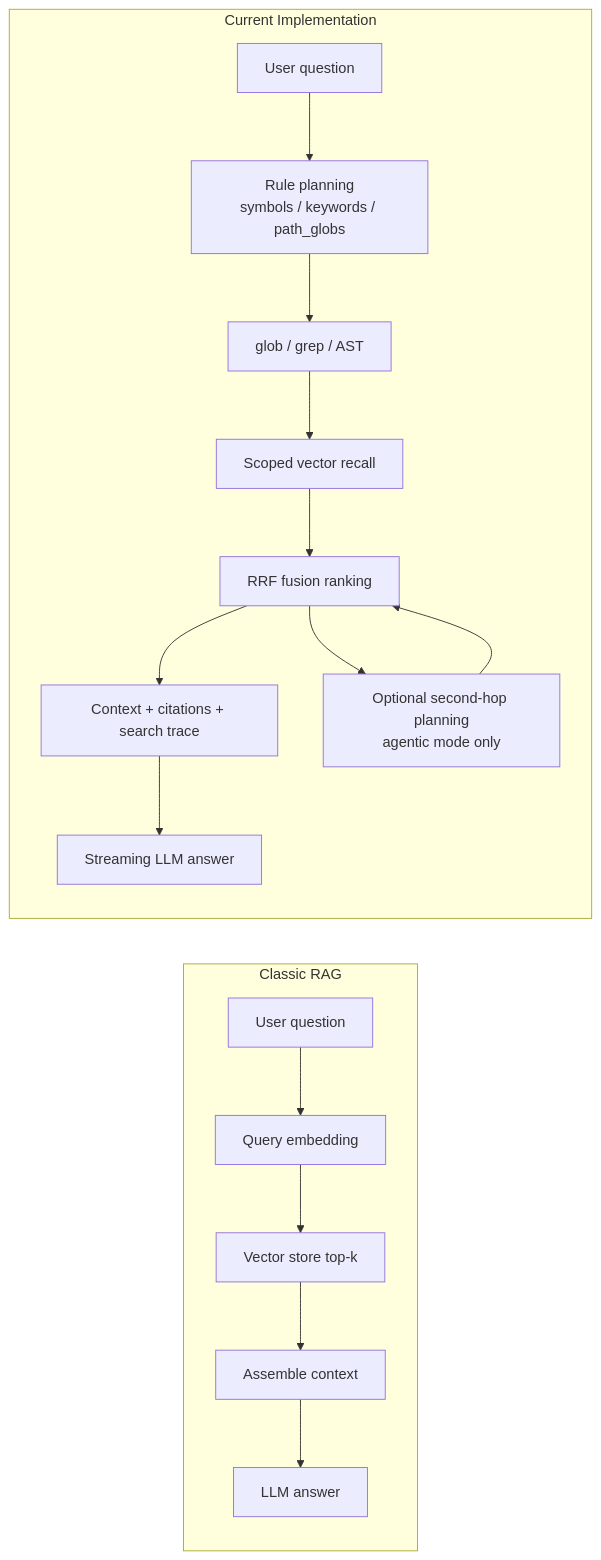
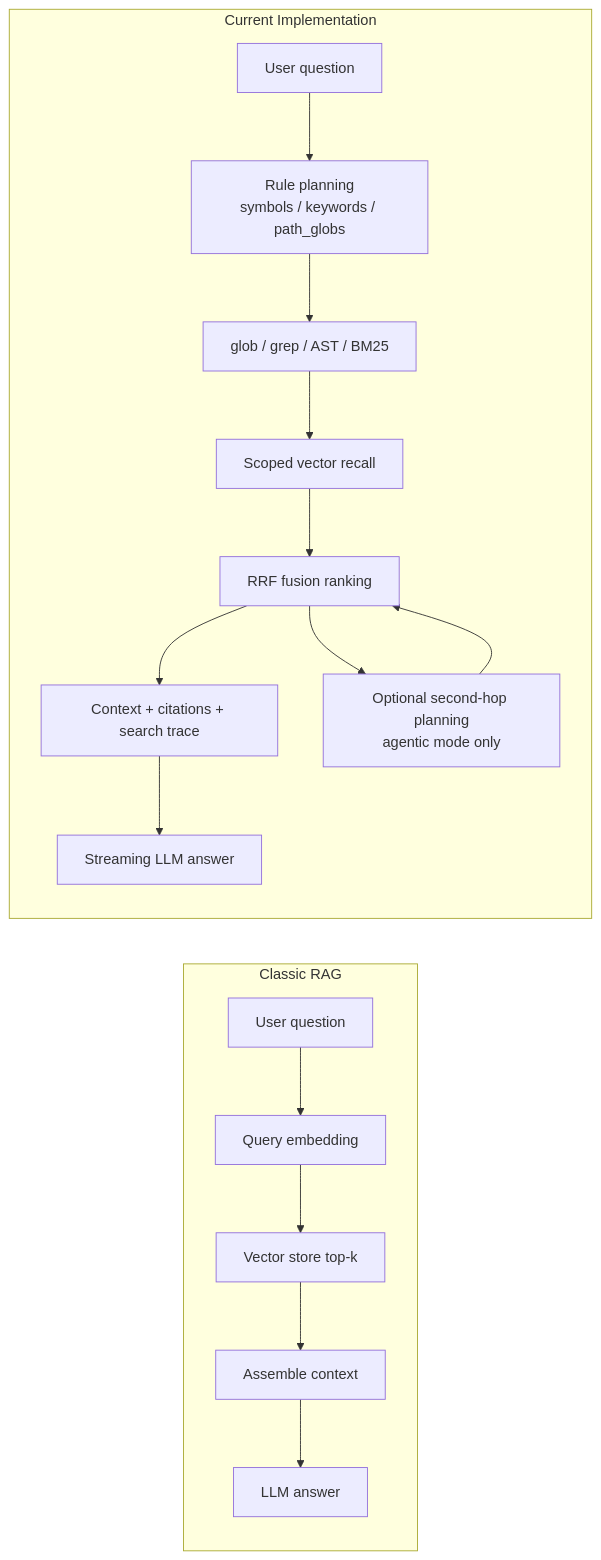
Before and after one commit to yahuo/OpenCortex: the second of 2 diagrams in README.md, drawn with Mermaid. The commit also changed other lines of this file and 12 other files, not shown here.

````diff
--- a/README.md
+++ b/README.md
@@ -100,24 +100,24 @@
 ```mermaid
 flowchart LR
     subgraph Classic["Classic RAG"]
         CQ["User question"]
         CE["Query embedding"]
         CV["Vector store top-k"]
         CC["Assemble context"]
         CA["LLM answer"]
         CQ --> CE --> CV --> CC --> CA
     end
 
     subgraph Current["Current Implementation"]
         NQ["User question"]
         NP["Rule planning<br/>symbols / keywords / path_globs"]
-        NG["glob / grep / AST"]
+        NG["glob / grep / AST / BM25"]
         NV["Scoped vector recall"]
         NF["RRF fusion ranking"]
         NA["Optional second-hop planning<br/>agentic mode only"]
         NC["Context + citations + search trace"]
         NO["Streaming LLM answer"]
         NQ --> NP --> NG --> NV --> NF --> NC --> NO
         NF --> NA --> NF
     end
 ```
````
